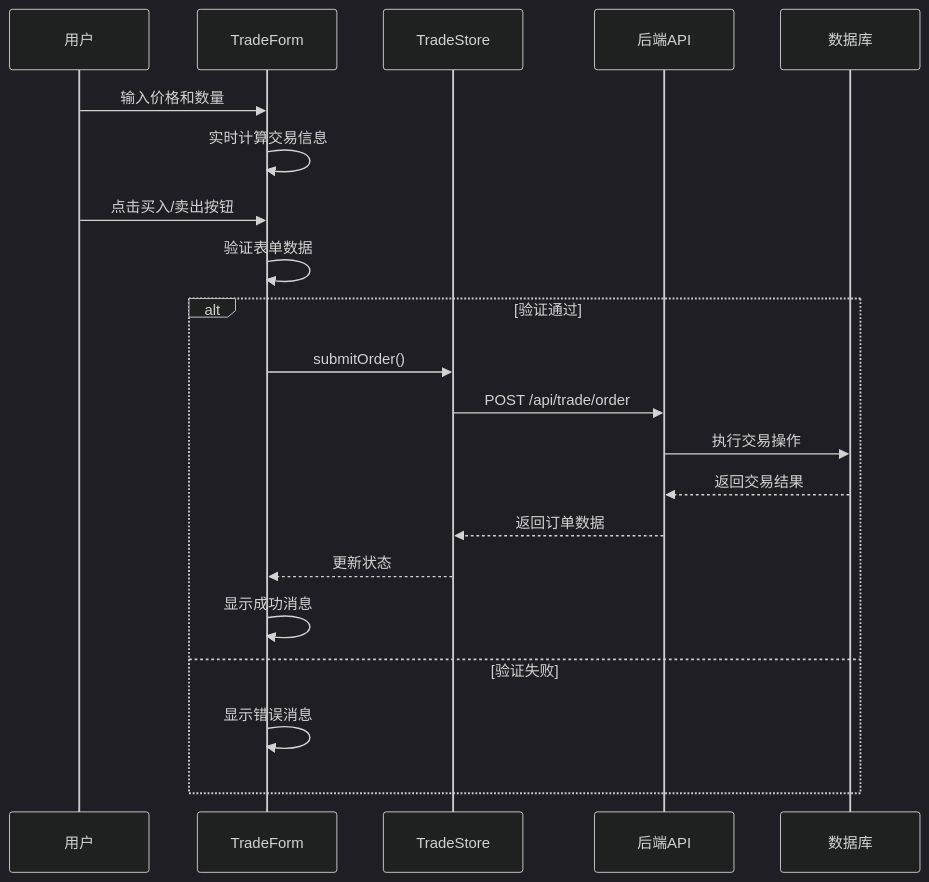
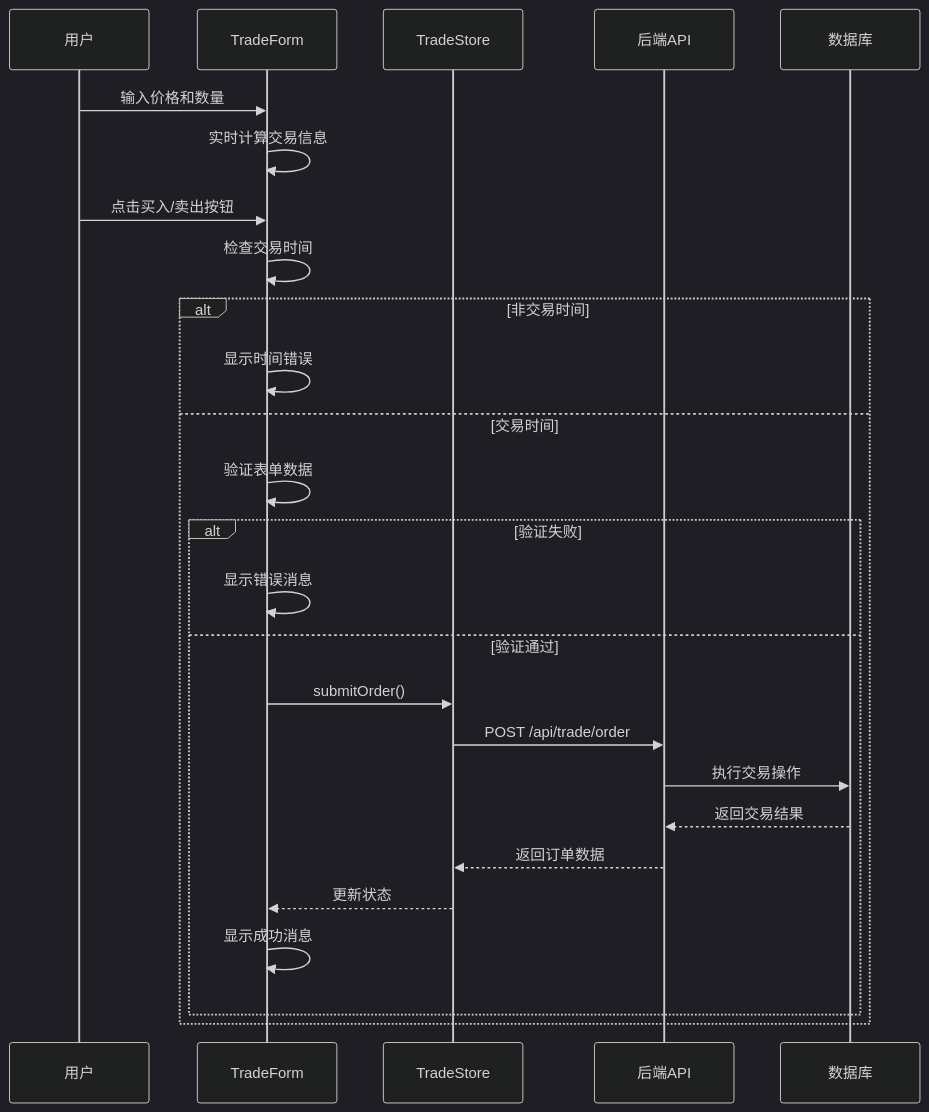
Before and after one commit to javalittleman1/virtual-stock-trading: the third of 10 diagrams in .qoder/repowiki/zh/content/交易系统/交易表单组件.md, drawn with Mermaid (dark theme). The commit also changed other lines of this file and 6 other files, not shown here.

````diff
--- a/.qoder/repowiki/zh/content/交易系统/交易表单组件.md
+++ b/.qoder/repowiki/zh/content/交易系统/交易表单组件.md
@@ -157,23 +166,28 @@
 ```mermaid
 sequenceDiagram
 participant User as 用户
 participant Form as TradeForm
 participant Store as TradeStore
 participant API as 后端API
 participant DB as 数据库
 User->>Form : 输入价格和数量
 Form->>Form : 实时计算交易信息
 User->>Form : 点击买入/卖出按钮
+Form->>Form : 检查交易时间
+alt 非交易时间
+Form->>Form : 显示时间错误
+else 交易时间
 Form->>Form : 验证表单数据
-alt 验证通过
+alt 验证失败
+Form->>Form : 显示错误消息
+else 验证通过
 Form->>Store : submitOrder()
 Store->>API : POST /api/trade/order
 API->>DB : 执行交易操作
 DB-->>API : 返回交易结果
 API-->>Store : 返回订单数据
 Store-->>Form : 更新状态
 Form->>Form : 显示成功消息
-else 验证失败
-Form->>Form : 显示错误消息
+end
 end
 ```
````
